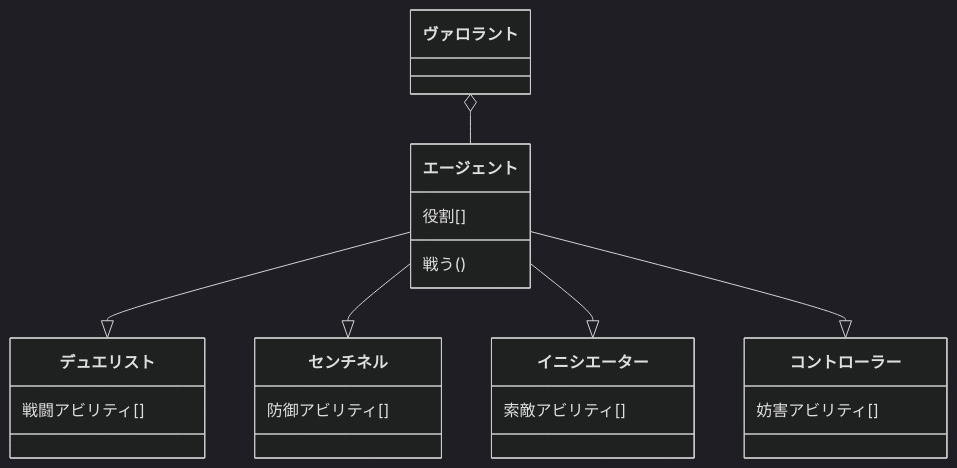
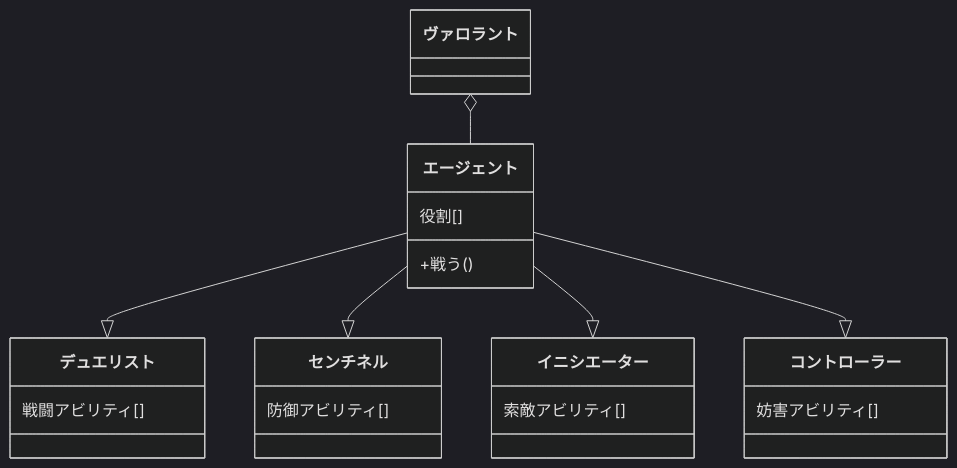
One commit to tpu-game-2022/mermaid_test changed the third of 3 diagrams in README.md. Above: the diagram before and after it, drawn with Mermaid (dark theme).

Commit message:
変更しました

````diff
--- a/README.md
+++ b/README.md
@@ -71,16 +71,16 @@
 ```mermaid
 classDiagram
 
 ヴァロラントo-- エージェント
 エージェント:役割[]
-エージェント:戦う()
+エージェント:+戦う()
 エージェント--|>デュエリスト
 エージェント--|>センチネル
 エージェント--|>イニシエーター
 エージェント--|>コントローラー
 デュエリスト:戦闘アビリティ[]
 センチネル:防御アビリティ[]
 イニシエーター:索敵アビリティ[]
 コントローラー:妨害アビリティ[]
 
 ```
````
